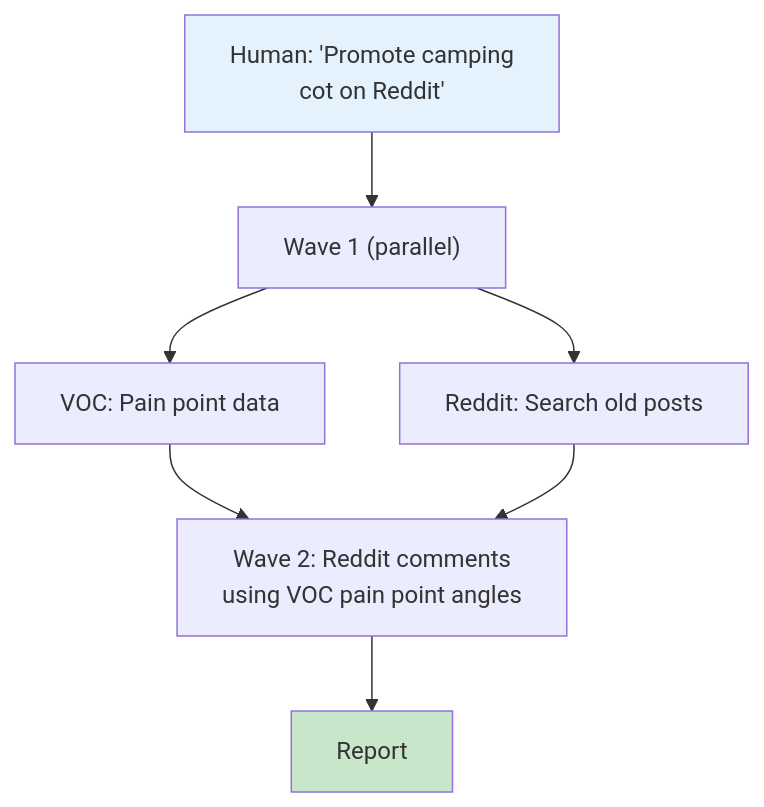
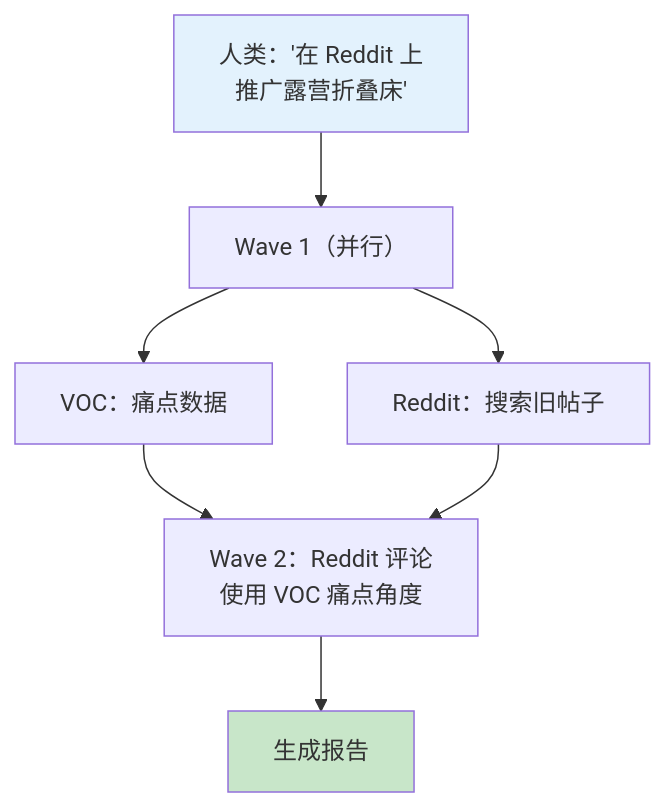
One commit to chan-kinghin/e-commerce-claw changed the fourth of 6 diagrams in plans/PLAN-lead-orchestrator.md. Above: the diagram before and after it, drawn with Mermaid. The commit also changed other lines of this file and 55 other files, not shown here.

````diff
--- a/plans/PLAN-lead-orchestrator.md
+++ b/plans/PLAN-lead-orchestrator.md
@@ -390,12 +390,12 @@
 ```mermaid
 graph TD
-    START["Human: 'Promote camping<br/>cot on Reddit'"] --> W1["Wave 1 (parallel)"]
-    W1 --> VOC["VOC: Pain point data"]
-    W1 --> REDDIT_SEARCH["Reddit: Search old posts"]
-    VOC --> REDDIT_COMMENT["Wave 2: Reddit comments<br/>using VOC pain point angles"]
+    START["人类：'在 Reddit 上<br/>推广露营折叠床'"] --> W1["Wave 1（并行）"]
+    W1 --> VOC["VOC：痛点数据"]
+    W1 --> REDDIT_SEARCH["Reddit：搜索旧帖子"]
+    VOC --> REDDIT_COMMENT["Wave 2：Reddit 评论<br/>使用 VOC 痛点角度"]
     REDDIT_SEARCH --> REDDIT_COMMENT
-    REDDIT_COMMENT --> REPORT["Report"]
+    REDDIT_COMMENT --> REPORT["生成报告"]
 
     style START fill:#E3F2FD
     style REPORT fill:#C8E6C9
 ```
````
